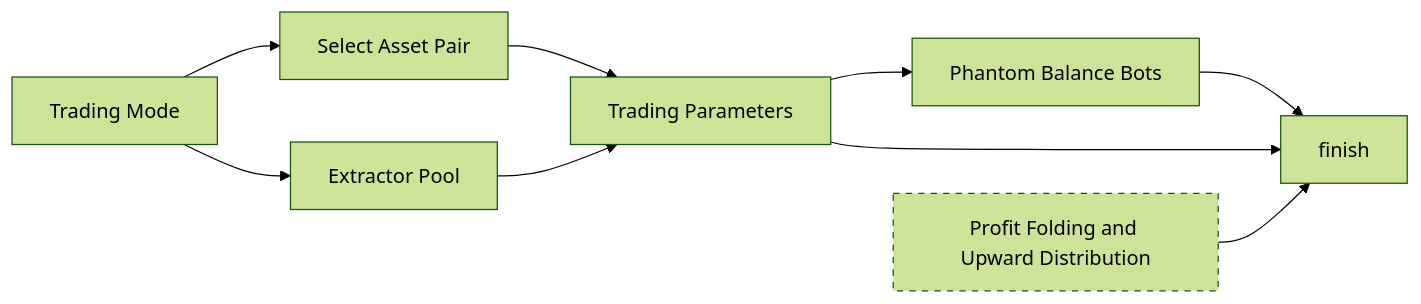
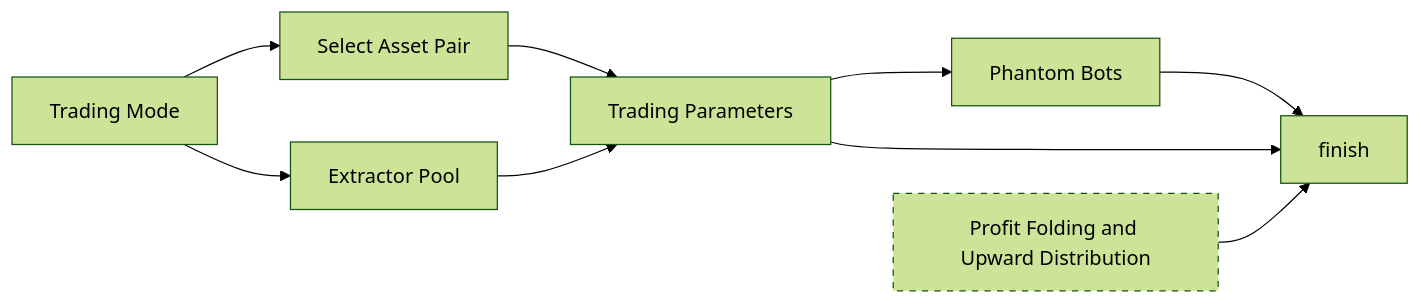
Before and after one commit to Acervator-LLC/ACERVATOR: the ninth of 11 diagrams in docs/manual/08-tabs/settings.md, drawn with Mermaid (forest theme). The commit also changed other lines of this file and 15 other files, not shown here.

First line of the commit message:
rename the phantom bot, because it controls no balance

````diff
--- a/docs/manual/08-tabs/settings.md
+++ b/docs/manual/08-tabs/settings.md
@@ -3925,13 +3925,13 @@
 ```mermaid
 flowchart LR
     MODE[Trading Mode] --> ASSET[Select Asset Pair]
     MODE --> POOL[Extractor Pool]
     ASSET --> PARAMS[Trading Parameters]
     POOL --> PARAMS
-    PARAMS --> PHANTOM[Phantom Balance Bots]
+    PARAMS --> PHANTOM[Phantom Bots]
     PHANTOM --> DONE[finish]
     PARAMS --> DONE
     FOLDING[Profit Folding and Upward Distribution] --> DONE
     FOLDING:::unreached
     classDef unreached stroke-dasharray: 5 5
 ```
````
